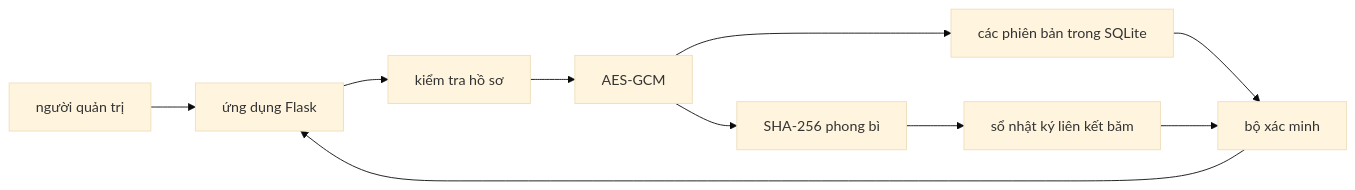
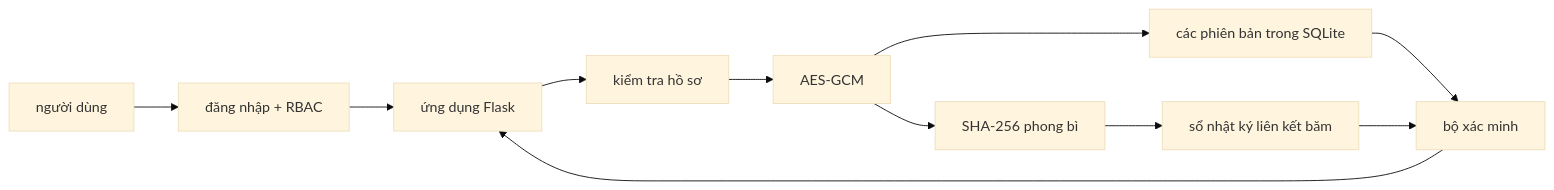
One commit to hv6z/secure_student_record_blockchain changed the diagram in docs/report/du_thao_noi_dung.md. Above: the diagram before and after it, drawn with Mermaid (base theme). The commit also changed other lines of this file, not shown here.

````diff
--- a/docs/report/du_thao_noi_dung.md
+++ b/docs/report/du_thao_noi_dung.md
@@ -57,12 +60,13 @@
 ```mermaid
 flowchart LR
-    A["người quản trị"] --> B["ứng dụng Flask"]
+    A["người dùng"] --> A1["đăng nhập + RBAC"]
+    A1 --> B["ứng dụng Flask"]
     B --> C["kiểm tra hồ sơ"]
     C --> D["AES-GCM"]
     D --> E["các phiên bản trong SQLite"]
     D --> F["SHA-256 phong bì"]
     F --> G["sổ nhật ký liên kết băm"]
     E --> H["bộ xác minh"]
     G --> H
     H --> B
 ```
````
